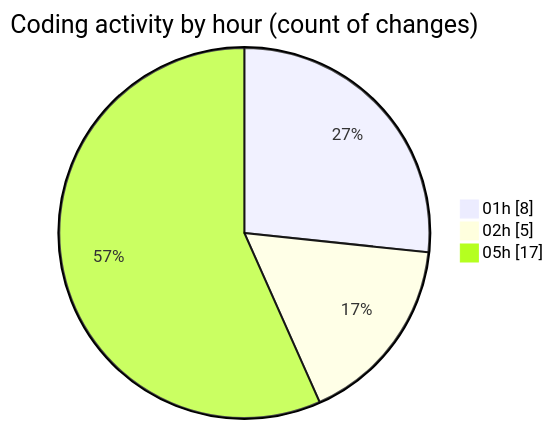
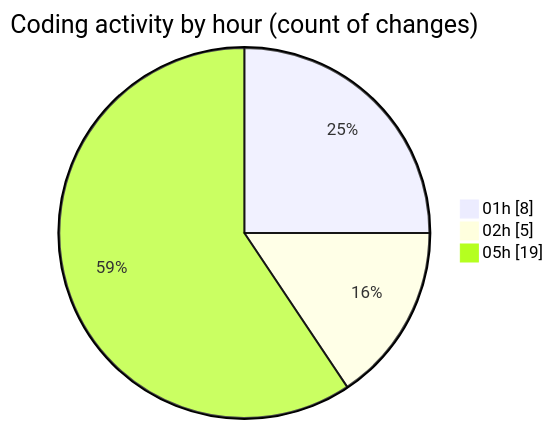
The second of 2 diagrams in 2025-11-21/eventscop-api-guide__workspace_/README.md (julien-gomy/code-tracking), drawn with Mermaid before and after one commit. The commit also changed other lines of this file and 1 other file, not shown here.

````diff
--- a/2025-11-21/eventscop-api-guide__workspace_/README.md
+++ b/2025-11-21/eventscop-api-guide__workspace_/README.md
@@ -39,7 +39,7 @@
 ```mermaid
 pie showData
 title Coding activity by hour (count of changes)
 "01h" : 8
 "02h" : 5
-"05h" : 17
+"05h" : 19
 ```
````
